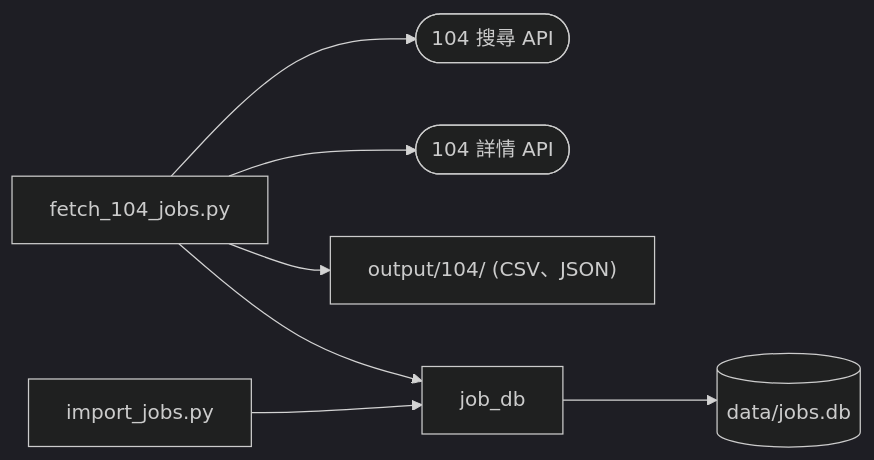
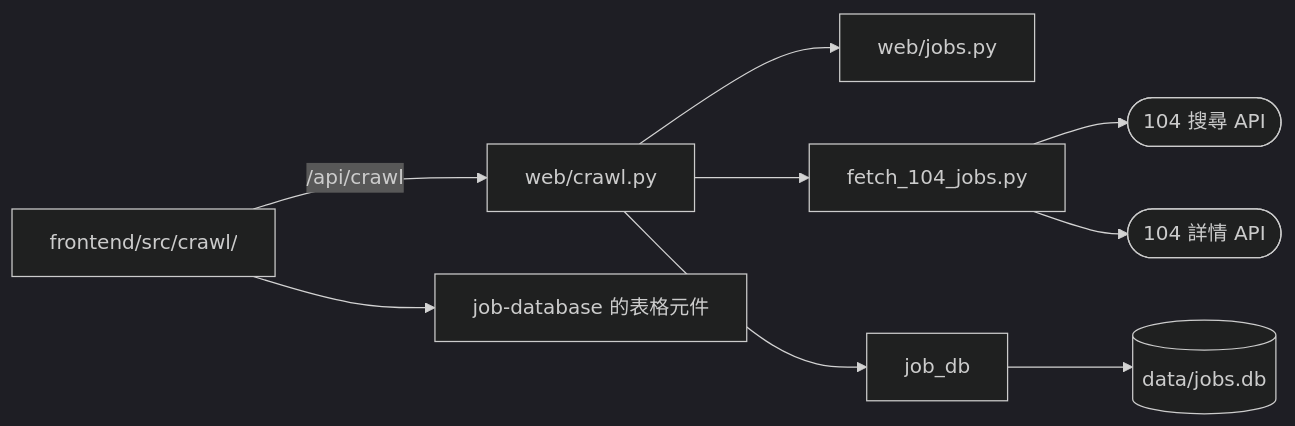
One commit to dlhdb/job-matching changed the diagram in docs/tech/tech-design/104-job-scraper.md. Above: the diagram before and after it, drawn with Mermaid (dark theme). The commit also changed other lines of this file and 9 other files, not shown here.

````diff
--- a/docs/tech/tech-design/104-job-scraper.md
+++ b/docs/tech/tech-design/104-job-scraper.md
@@ -8,9 +12,11 @@
 ```mermaid
 flowchart LR
-    cli["fetch_104_jobs.py"] --> search(["104 搜尋 API"])
-    cli --> detail(["104 詳情 API"])
-    cli --> out["output/104/ (CSV、JSON)"]
-    cli --> jobdb["job_db"]
-    imp["import_jobs.py"] --> jobdb
+    page["frontend/src/crawl/"] -->|"/api/crawl"| api["web/crawl.py"]
+    page --> table["job-database 的表格元件"]
+    api --> runner["web/jobs.py"]
+    api --> fetch["fetch_104_jobs.py"]
+    fetch --> search(["104 搜尋 API"])
+    fetch --> detail(["104 詳情 API"])
+    api --> jobdb["job_db"]
     jobdb --> db[("data/jobs.db")]
 ```
````
